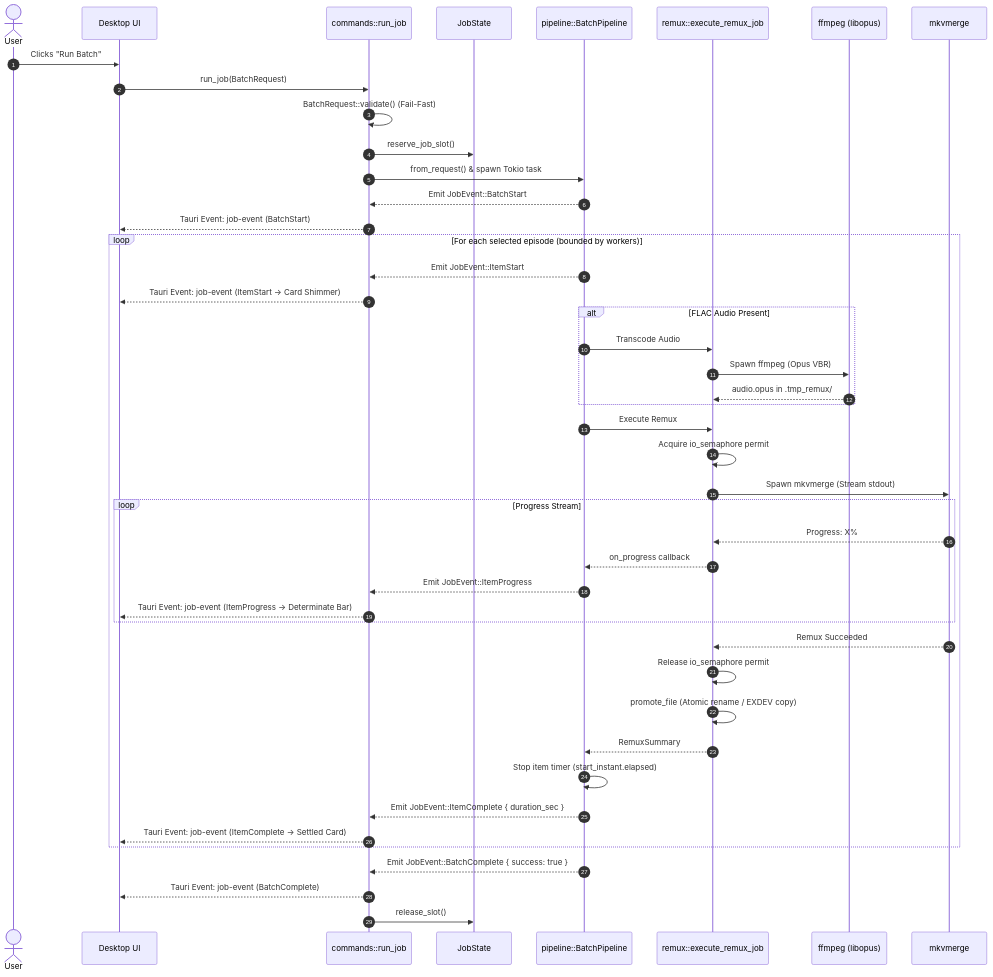
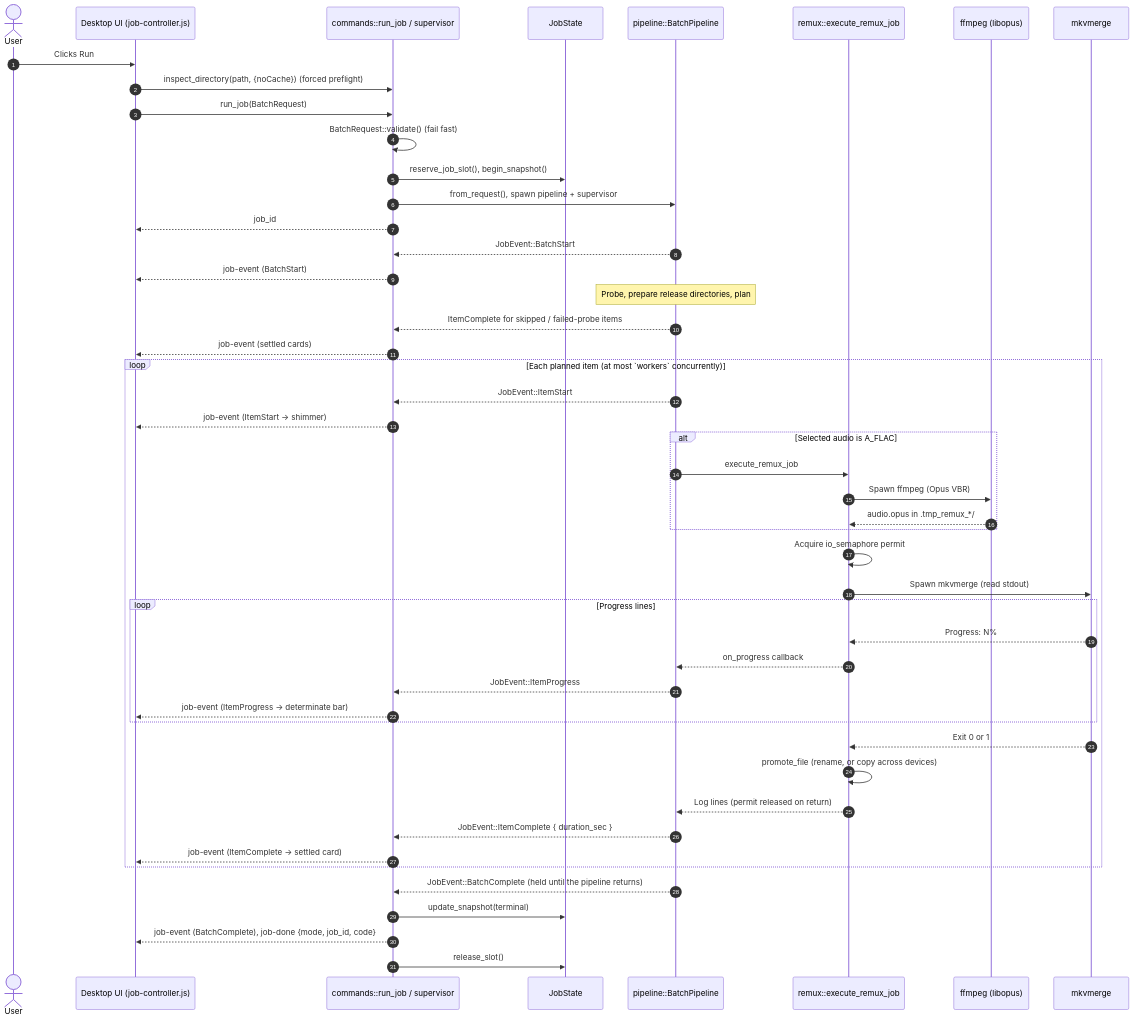
One commit to Si-Forces/mkvanimebatch changed the eighth of 8 diagrams in architecture.md. Above: the diagram before and after it, drawn with Mermaid. The commit also changed other lines of this file and 78 other files, not shown here.

````diff
--- a/architecture.md
+++ b/architecture.md
@@ -557,53 +555,57 @@
 ```mermaid
 sequenceDiagram
     autonumber
     actor User
-    participant UI as Desktop UI
-    participant Cmd as commands::run_job
+    participant UI as Desktop UI (job-controller.js)
+    participant Cmd as commands::run_job / supervisor
     participant Proc as JobState
     participant Pipe as pipeline::BatchPipeline
     participant RX as remux::execute_remux_job
     participant FF as ffmpeg (libopus)
     participant MKV as mkvmerge
 
-    User->>UI: Clicks "Run Batch"
+    User->>UI: Clicks Run
+    UI->>Cmd: inspect_directory(path, {noCache}) (forced preflight)
     UI->>Cmd: run_job(BatchRequest)
-    Cmd->>Cmd: BatchRequest::validate() (Fail-Fast)
-    Cmd->>Proc: reserve_job_slot()
-    Cmd->>Pipe: from_request() & spawn Tokio task
-    Pipe-->>Cmd: Emit JobEvent::BatchStart
-    Cmd-->>UI: Tauri Event: job-event (BatchStart)
+    Cmd->>Cmd: BatchRequest::validate() (fail fast)
+    Cmd->>Proc: reserve_job_slot(), begin_snapshot()
+    Cmd->>Pipe: from_request(), spawn pipeline + supervisor
+    Cmd-->>UI: job_id
+    Pipe-->>Cmd: JobEvent::BatchStart
+    Cmd-->>UI: job-event (BatchStart)
 
-    loop For each selected episode (bounded by workers)
-        Pipe-->>Cmd: Emit JobEvent::ItemStart
-        Cmd-->>UI: Tauri Event: job-event (ItemStart -> Card Shimmer)
+    Note over Pipe: Probe, prepare release directories, plan
+    Pipe-->>Cmd: ItemComplete for skipped / failed-probe items
+    Cmd-->>UI: job-event (settled cards)
 
-        alt FLAC Audio Present
-            Pipe->>RX: Transcode Audio
+    loop Each planned item (at most `workers` concurrently)
+        Pipe-->>Cmd: JobEvent::ItemStart
+        Cmd-->>UI: job-event (ItemStart → shimmer)
+
+        alt Selected audio is A_FLAC
+            Pipe->>RX: execute_remux_job
             RX->>FF: Spawn ffmpeg (Opus VBR)
-            FF-->>RX: audio.opus in .tmp_remux/
+            FF-->>RX: audio.opus in .tmp_remux_*/
         end
 
-        Pipe->>RX: Execute Remux
         RX->>RX: Acquire io_semaphore permit
-        RX->>MKV: Spawn mkvmerge (Stream stdout)
-        loop Progress Stream
-            MKV-->>RX: Progress: X%
+        RX->>MKV: Spawn mkvmerge (read stdout)
+        loop Progress lines
+            MKV-->>RX: Progress: N%
             RX-->>Pipe: on_progress callback
-            Pipe-->>Cmd: Emit JobEvent::ItemProgress
-            Cmd-->>UI: Tauri Event: job-event (ItemProgress -> Determinate Bar)
+            Pipe-->>Cmd: JobEvent::ItemProgress
+            Cmd-->>UI: job-event (ItemProgress → determinate bar)
         end
-        MKV-->>RX: Remux Succeeded
-        RX->>RX: Release io_semaphore permit
-        RX->>RX: promote_file (Atomic rename / EXDEV copy)
-        RX-->>Pipe: RemuxSummary
+        MKV-->>RX: Exit 0 or 1
+        RX->>RX: promote_file (rename, or copy across devices)
+        RX-->>Pipe: Log lines (permit released on return)
 
-        Pipe->>Pipe: Stop item timer (start_instant.elapsed)
-        Pipe-->>Cmd: Emit JobEvent::ItemComplete { duration_sec }
-        Cmd-->>UI: Tauri Event: job-event (ItemComplete -> Settled Card)
+        Pipe-->>Cmd: JobEvent::ItemComplete { duration_sec }
+        Cmd-->>UI: job-event (ItemComplete → settled card)
     end
 
-    Pipe-->>Cmd: Emit JobEvent::BatchComplete { success: true }
-    Cmd-->>UI: Tauri Event: job-event (BatchComplete)
+    Pipe-->>Cmd: JobEvent::BatchComplete (held until the pipeline returns)
+    Cmd->>Proc: update_snapshot(terminal)
+    Cmd-->>UI: job-event (BatchComplete), job-done {mode, job_id, code}
     Cmd->>Proc: release_slot()
 ```
````
